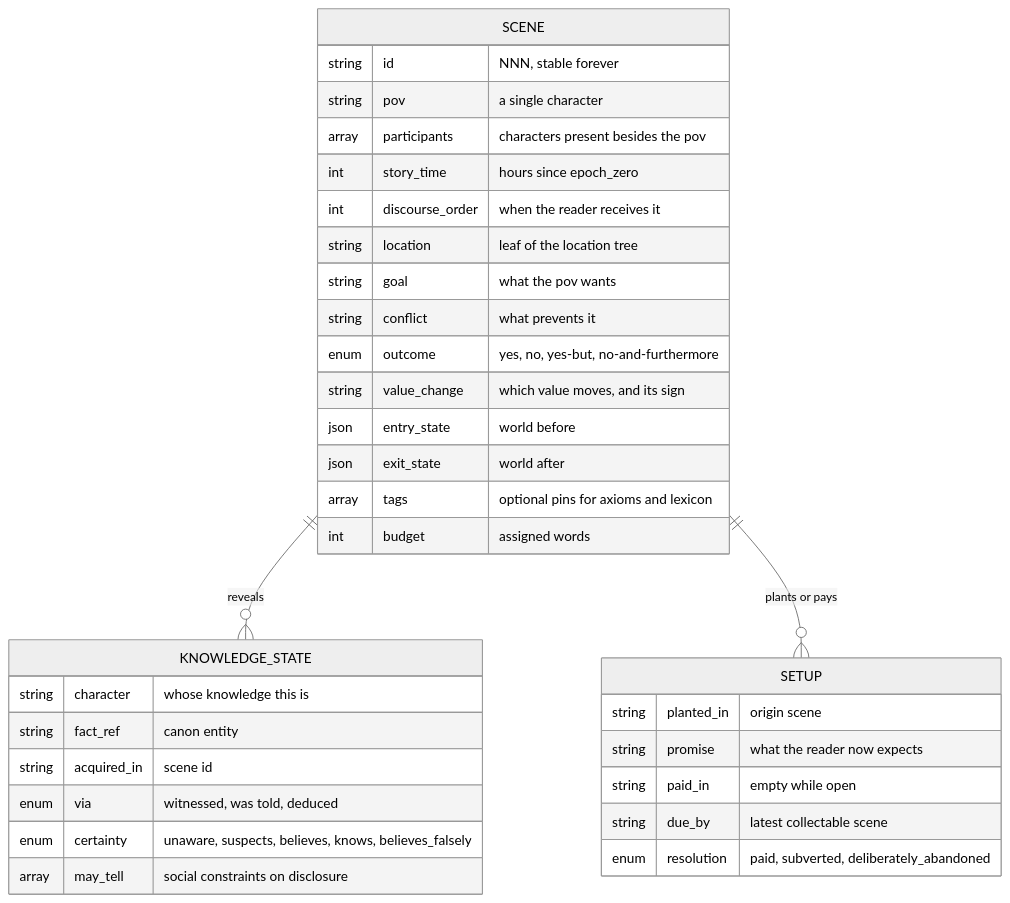
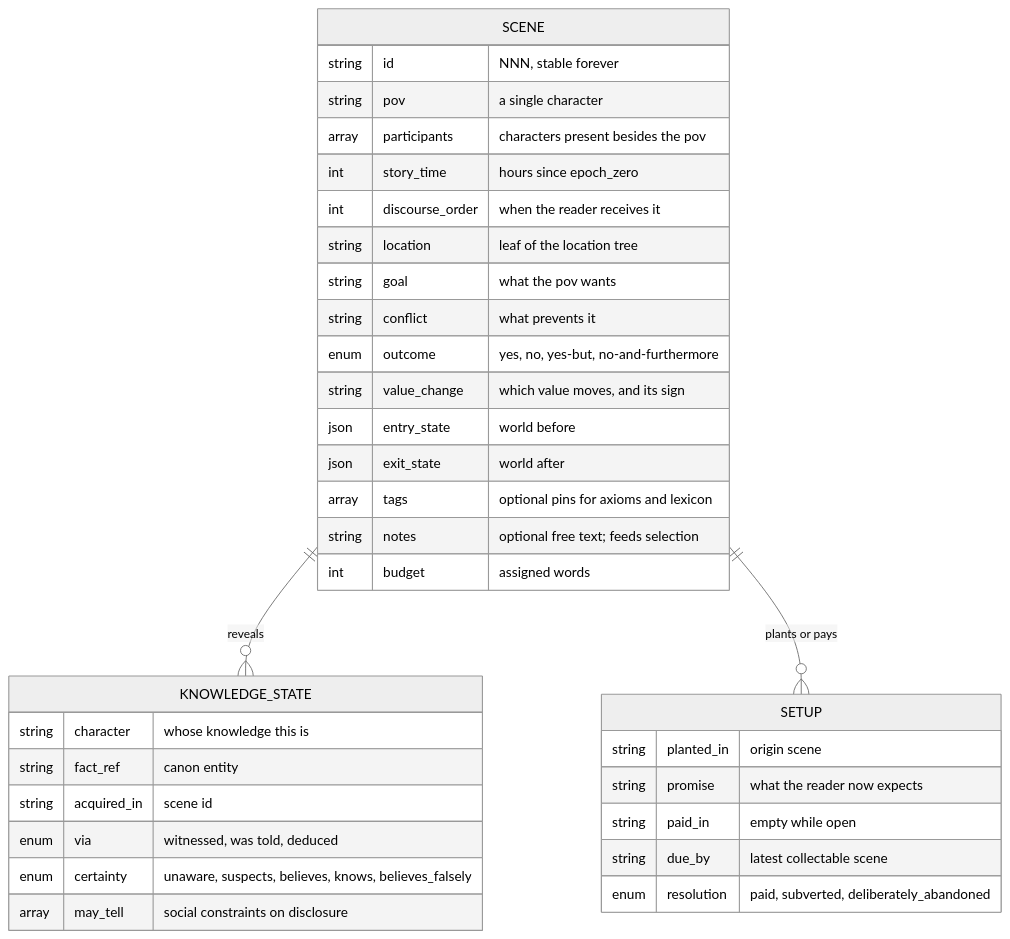
One commit to ignacio-hurtado-qaracter/My-Story-Marker changed the second of 5 diagrams in docs/domain-knowledge.md. Above: the diagram before and after it, drawn with Mermaid (neutral theme). The commit also changed 2 other files, not shown here.

Commit message:
docs: give Scene an optional free-text `notes` field for selection
architecture.md said select_entities embeds "any free text the architect wrote",
but the Scene field table in definitions.md had no free-text field, so the
sentence described nothing that could exist. Scene now has an optional `notes`
field: what the structured fields cannot hold. It feeds selection and never
binds the writer, which keeps the over-constraint warning intact: the record
still specifies dramatic function and leaves execution free. Figure 2 in
domain-knowledge.md and the select_entities description are updated to name it.

Confirmed under Process 0 for spec 001 (plan review, residual 1).

````diff
--- a/docs/domain-knowledge.md
+++ b/docs/domain-knowledge.md
@@ -86,39 +86,40 @@
 ```mermaid
 erDiagram
   SCENE ||--o{ KNOWLEDGE_STATE : "reveals"
   SCENE ||--o{ SETUP : "plants or pays"
 
   SCENE {
     string  id                "NNN, stable forever"
     string  pov               "a single character"
     array   participants      "characters present besides the pov"
     int     story_time        "hours since epoch_zero"
     int     discourse_order   "when the reader receives it"
     string  location          "leaf of the location tree"
     string  goal              "what the pov wants"
     string  conflict          "what prevents it"
     enum    outcome           "yes, no, yes-but, no-and-furthermore"
     string  value_change      "which value moves, and its sign"
     json    entry_state       "world before"
     json    exit_state        "world after"
     array   tags              "optional pins for axioms and lexicon"
+    string  notes             "optional free text; feeds selection"
     int     budget            "assigned words"
   }
 
   KNOWLEDGE_STATE {
     string  character         "whose knowledge this is"
     string  fact_ref          "canon entity"
     string  acquired_in       "scene id"
     enum    via               "witnessed, was told, deduced"
     enum    certainty         "unaware, suspects, believes, knows, believes_falsely"
     array   may_tell          "social constraints on disclosure"
   }
 
   SETUP {
     string  planted_in        "origin scene"
     string  promise           "what the reader now expects"
     string  paid_in           "empty while open"
     string  due_by            "latest collectable scene"
     enum    resolution        "paid, subverted, deliberately_abandoned"
   }
 ```
````
